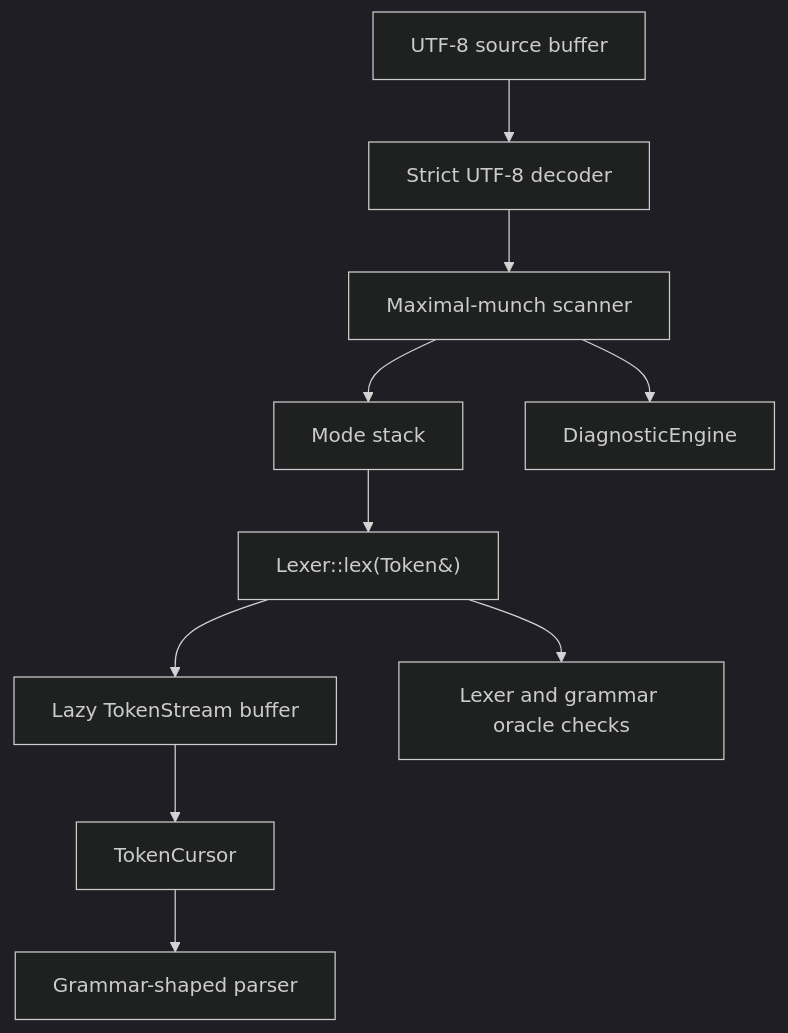
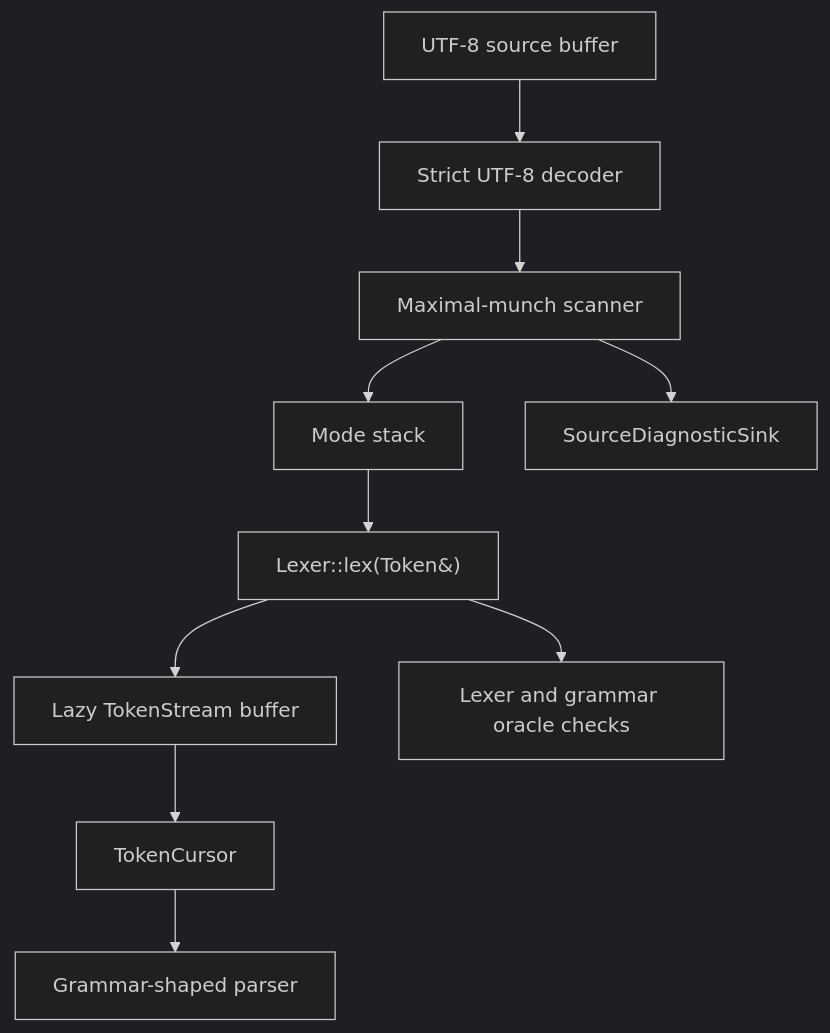
Before and after one commit to Zzzode/ZOM: the first of 3 diagrams in docs/rfc/0003-lexer-architecture.md, drawn with Mermaid (dark theme). The commit also changed 238 other files, not shown here.

````diff
--- a/docs/rfc/0003-lexer-architecture.md
+++ b/docs/rfc/0003-lexer-architecture.md
@@ -142,12 +142,12 @@
 ```mermaid
 flowchart TD
   Source["UTF-8 source buffer"] --> Decode["Strict UTF-8 decoder"]
   Decode --> Scanner["Maximal-munch scanner"]
   Scanner --> Modes["Mode stack"]
   Modes --> Lex["Lexer::lex(Token&)"]
   Lex --> Stream["Lazy TokenStream buffer"]
   Stream --> Cursor["TokenCursor"]
   Cursor --> Parser["Grammar-shaped parser"]
-  Scanner --> Diags["DiagnosticEngine"]
+  Scanner --> Diags["SourceDiagnosticSink"]
   Lex --> Oracle["Lexer and grammar oracle checks"]
 ```
````
